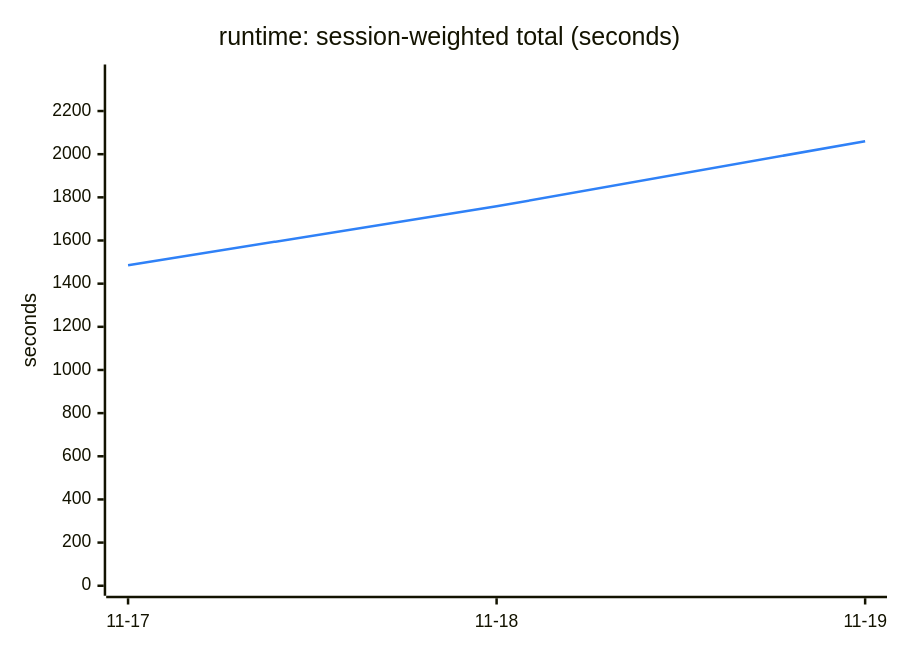
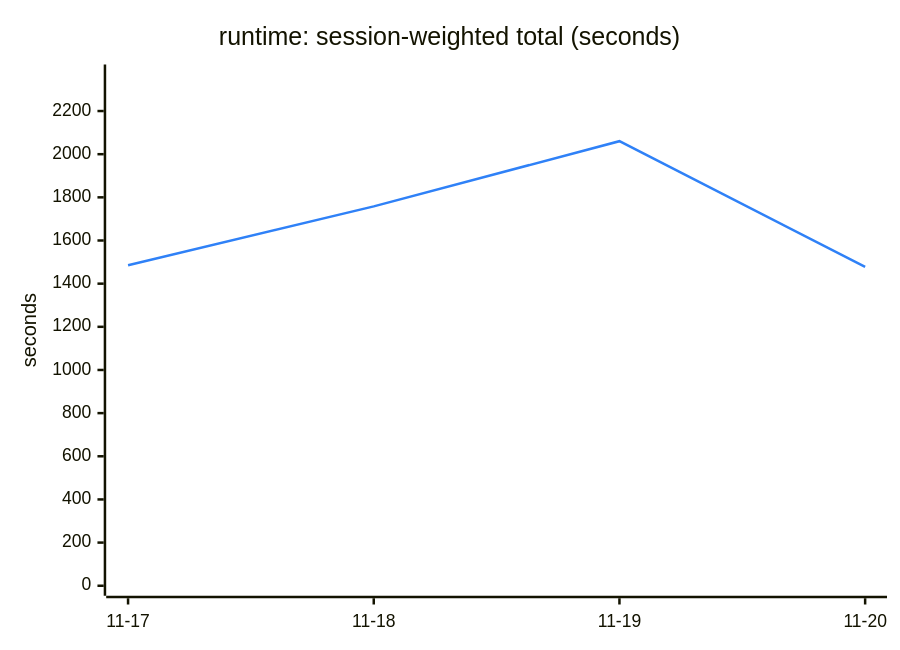
The sixth of 6 diagrams in TREND.md (Ricovl/mxcli), drawn with Mermaid before and after one commit. The commit also changed other lines of this file and 2 other files, not shown here.

````diff
--- a/TREND.md
+++ b/TREND.md
@@ -137,13 +137,13 @@
 ```mermaid
 ---
 config:
   themeVariables:
     xyChart:
       plotColorPalette: "#2f81f7"
 ---
 xychart-beta
     title "runtime: session-weighted total (seconds)"
-    x-axis ["11-17", "11-18", "11-19"]
+    x-axis ["11-17", "11-18", "11-19", "11-20"]
     y-axis "seconds" 0 --> 2369.30
-    line [1485.35, 1758.30, 2060.26]
+    line [1485.35, 1758.30, 2060.26, 1478.08]
 ```
````
